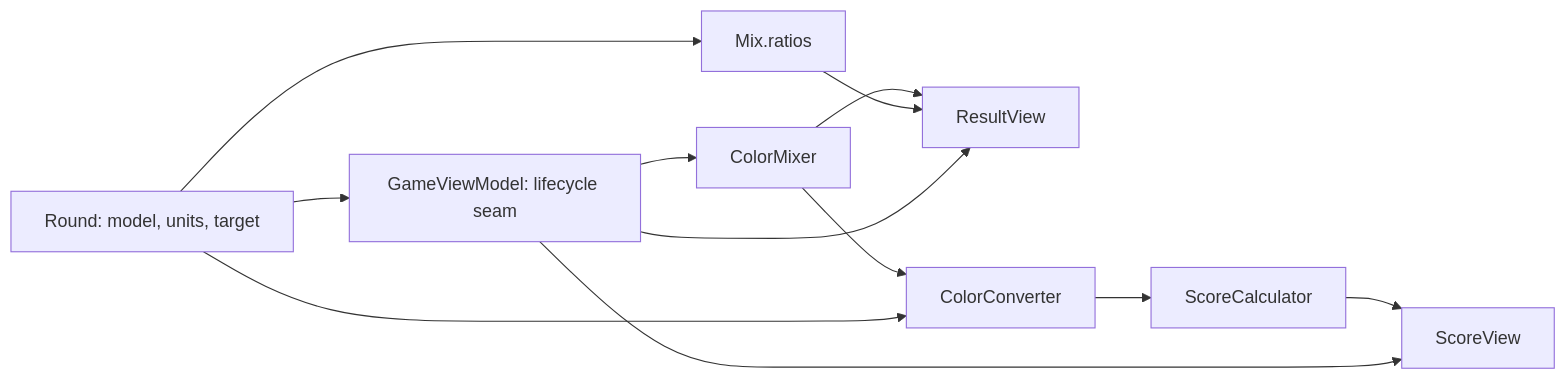
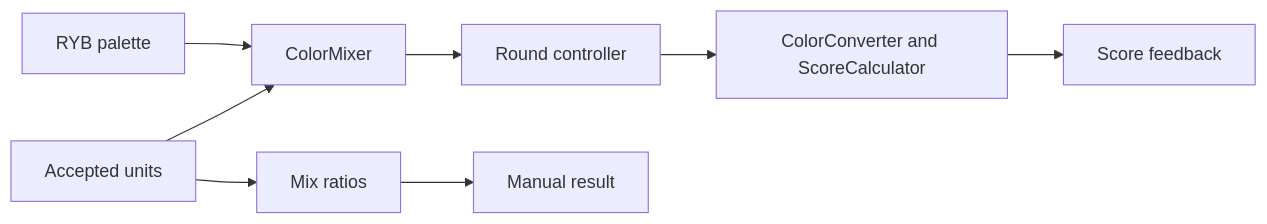
Before and after one commit to denywa/ColorTesting: the diagram in .kiro/specs/color-mixing-and-scoring/design.md, drawn with Mermaid. The commit also changed other lines of this file and 135 other files, not shown here.

````diff
--- a/.kiro/specs/color-mixing-and-scoring/design.md
+++ b/.kiro/specs/color-mixing-and-scoring/design.md
@@ -49,14 +49,10 @@
 ```mermaid
 flowchart LR
-    Round[Round: model, units, target] --> VM[GameViewModel: lifecycle seam]
-    Round --> Ratios[Mix.ratios]
-    VM --> Mixer[ColorMixer]
-    Mixer --> Result[ResultView]
-    Ratios --> Result
-    Mixer --> Converter[ColorConverter]
-    Round --> Converter
-    Converter --> Scorer[ScoreCalculator]
-    Scorer --> Score[ScoreView]
-    VM --> Result
-    VM --> Score
+    Palette[RYB palette] --> Mixer[ColorMixer]
+    Units[Accepted units] --> Mixer
+    Units --> Ratios[Mix ratios]
+    Mixer --> Round[Round controller]
+    Round --> Scorer[ColorConverter and ScoreCalculator]
+    Ratios --> Result[Manual result]
+    Scorer --> Score[Score feedback]
 ```
````
